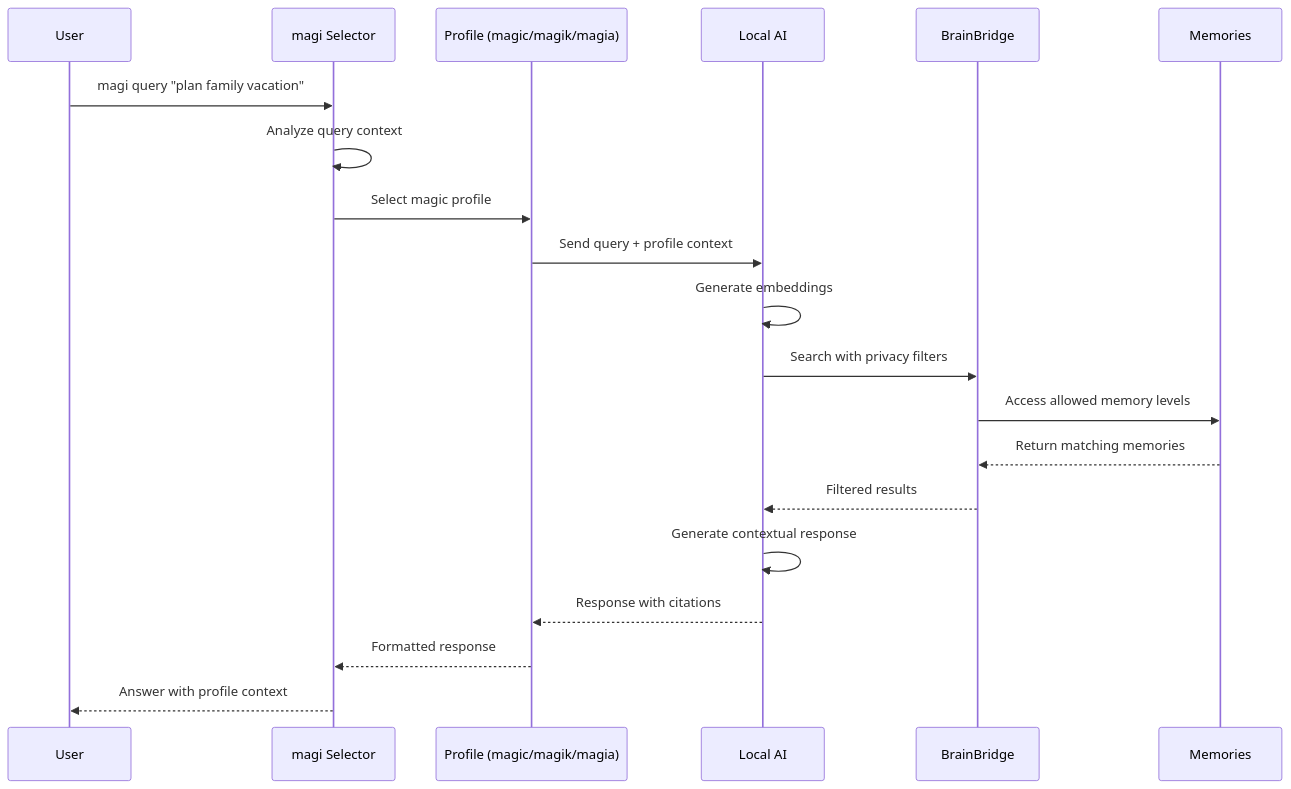
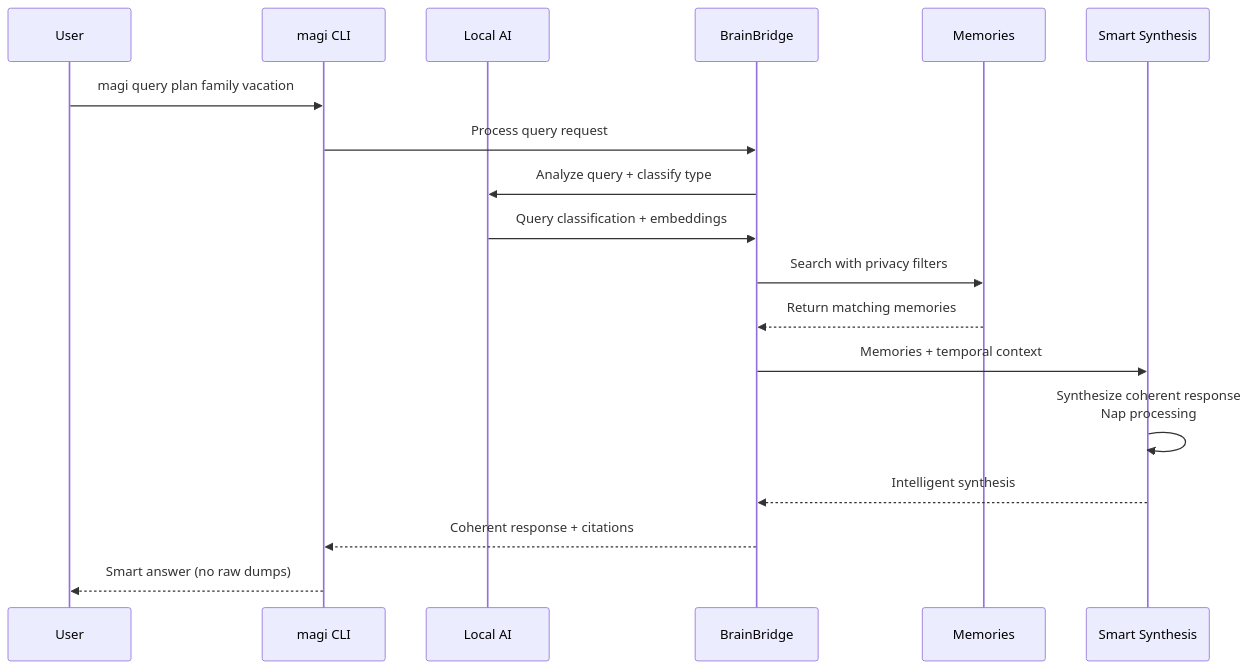
One commit to dossant-llc/magi changed the fourth of 9 diagrams in docs/architecture/ARCHITECTURE_SUMMARY.md. Above: the diagram before and after it, drawn with Mermaid. The commit also changed other lines of this file and 7 other files, not shown here.

First line of the commit message:
docs: Update architecture documentation and project metadata

````diff
--- a/docs/architecture/ARCHITECTURE_SUMMARY.md
+++ b/docs/architecture/ARCHITECTURE_SUMMARY.md
@@ -293,23 +207,21 @@
 ```mermaid
 sequenceDiagram
     participant U as User
-    participant MAGI as magi Selector
-    participant PROFILE as Profile (magic/magik/magia)
+    participant CLI as magi CLI
     participant AI as Local AI
     participant MCP as BrainBridge
     participant MEM as Memories
-    
-    U->>MAGI: magi query "plan family vacation"
-    MAGI->>MAGI: Analyze query context
-    MAGI->>PROFILE: Select magic profile
-    PROFILE->>AI: Send query + profile context
-    AI->>AI: Generate embeddings
-    AI->>MCP: Search with privacy filters
-    MCP->>MEM: Access allowed memory levels
+    participant SYN as Smart Synthesis
+
+    U->>CLI: magi query plan family vacation
+    CLI->>MCP: Process query request
+    MCP->>AI: Analyze query + classify type
+    AI->>MCP: Query classification + embeddings
+    MCP->>MEM: Search with privacy filters
     MEM-->>MCP: Return matching memories
-    MCP-->>AI: Filtered results
-    AI->>AI: Generate contextual response
-    AI-->>PROFILE: Response with citations
-    PROFILE-->>MAGI: Formatted response
-    MAGI-->>U: Answer with profile context
+    MCP->>SYN: Memories + temporal context
+    SYN->>SYN: Synthesize coherent response<br/>Nap processing
+    SYN-->>MCP: Intelligent synthesis
+    MCP-->>CLI: Coherent response + citations
+    CLI-->>U: Smart answer (no raw dumps)
 ```
````
